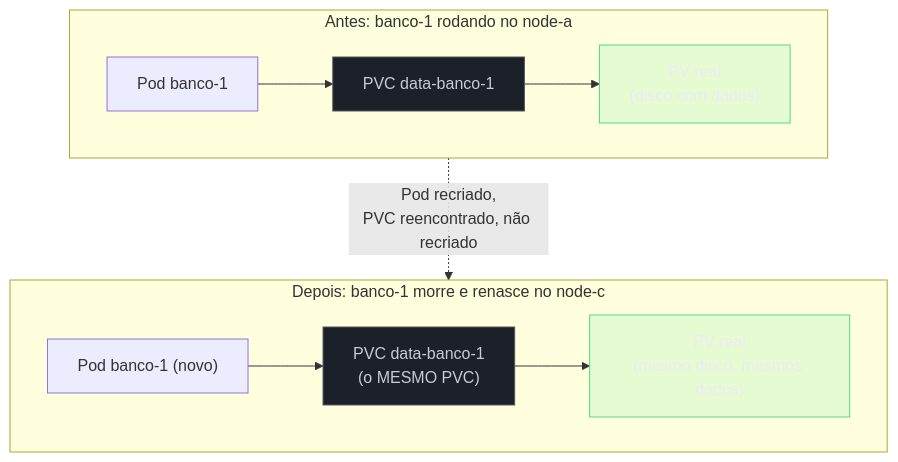
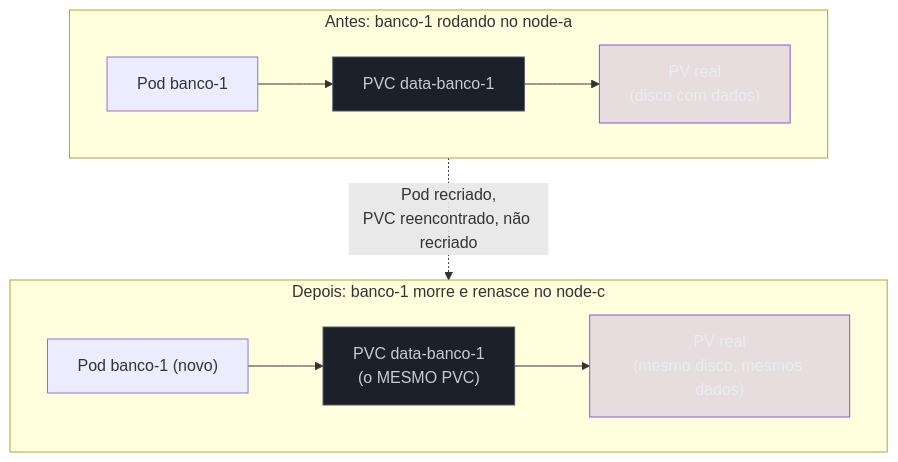
Before and after one commit to josenaldo/codex-technomanticus: the second of 3 diagrams in 03-Dominios/Tecnologia/Infraestrutura/Kubernetes/10 - StatefulSet.md, drawn with Mermaid. The commit also changed other lines of this file and 601 other files, not shown here.

````diff
--- a/03-Dominios/Tecnologia/Infraestrutura/Kubernetes/10 - StatefulSet.md
+++ b/03-Dominios/Tecnologia/Infraestrutura/Kubernetes/10 - StatefulSet.md
@@ -93,19 +93,19 @@
 ```mermaid
 graph TB
+    classDef marca fill:#8855DF33,stroke:#8855DF,color:#E9ECF2
     classDef neutro fill:#1B2029,stroke:#4E5666,color:#C6CCD8
-    classDef ok fill:#4ADE8021,stroke:#4ADE80,color:#E9ECF2
     subgraph Antes["Antes: banco-1 rodando no node-a"]
         Pod1a["Pod banco-1"] --> PVC1["PVC data-banco-1"] --> PV1["PV real<br/>(disco com dados)"]
     end
 
     subgraph Depois["Depois: banco-1 morre e renasce no node-c"]
         Pod1b["Pod banco-1 (novo)"] --> PVC1b["PVC data-banco-1<br/>(o MESMO PVC)"] --> PV1b["PV real<br/>(mesmo disco, mesmos dados)"]
     end
 
     Antes -.->|"Pod recriado,<br/>PVC reencontrado, não recriado"| Depois
 
     class PVC1 neutro
     class PVC1b neutro
-    class PV1 ok
-    class PV1b ok
+    class PV1 marca
+    class PV1b marca
 ```
````
